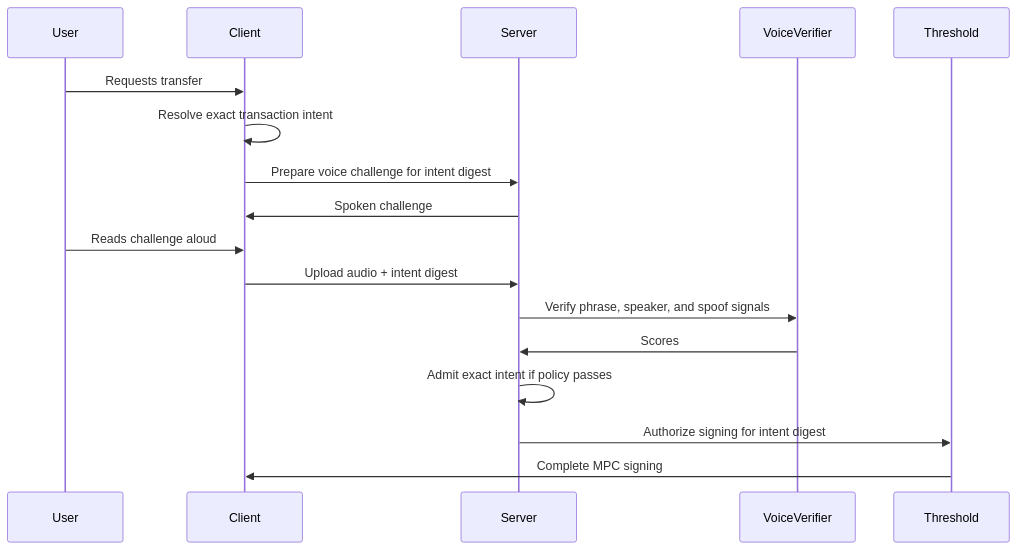
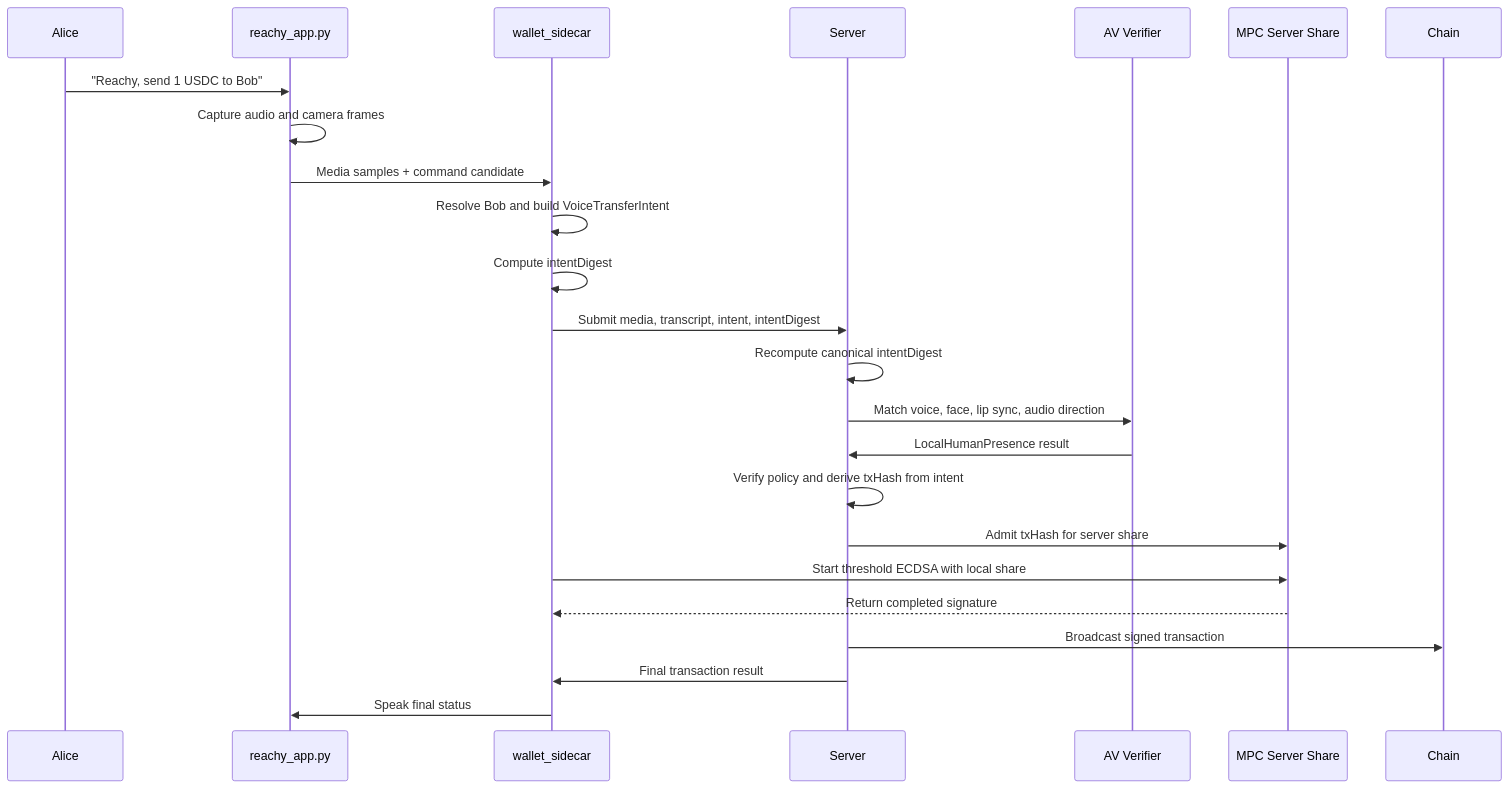
The second of 2 diagrams in docs/voice-biometrics.md (seams-tech/seams-sdk), drawn with Mermaid before and after one commit. The commit also changed other lines of this file and 10 other files, not shown here.

````diff
--- a/docs/voice-biometrics.md
+++ b/docs/voice-biometrics.md
@@ -650,20 +741,27 @@
 ```mermaid
 sequenceDiagram
-  participant User
-  participant Client
+  participant Alice
+  participant ReachyApp as reachy_app.py
+  participant Sidecar as wallet_sidecar
   participant Server
-  participant VoiceVerifier
-  participant Threshold
+  participant Verifier as AV Verifier
+  participant MPC as MPC Server Share
+  participant Chain
 
-  User->>Client: Requests transfer
-  Client->>Client: Resolve exact transaction intent
-  Client->>Server: Prepare voice challenge for intent digest
-  Server->>Client: Spoken challenge
-  User->>Client: Reads challenge aloud
-  Client->>Server: Upload audio + intent digest
-  Server->>VoiceVerifier: Verify phrase, speaker, and spoof signals
-  VoiceVerifier->>Server: Scores
-  Server->>Server: Admit exact intent if policy passes
-  Server->>Threshold: Authorize signing for intent digest
-  Threshold->>Client: Complete MPC signing
+  Alice->>ReachyApp: "Reachy, send 1 USDC to Bob"
+  ReachyApp->>ReachyApp: Capture audio and camera frames
+  ReachyApp->>Sidecar: Media samples + command candidate
+  Sidecar->>Sidecar: Resolve Bob and build VoiceTransferIntent
+  Sidecar->>Sidecar: Compute intentDigest
+  Sidecar->>Server: Submit media, transcript, intent, intentDigest
+  Server->>Server: Recompute canonical intentDigest
+  Server->>Verifier: Match voice, face, lip sync, audio direction
+  Verifier->>Server: LocalHumanPresence result
+  Server->>Server: Verify policy and derive txHash from intent
+  Server->>MPC: Admit txHash for server share
+  Sidecar->>MPC: Start threshold ECDSA with local share
+  MPC-->>Sidecar: Return completed signature
+  Server->>Chain: Broadcast signed transaction
+  Server->>Sidecar: Final transaction result
+  Sidecar->>ReachyApp: Speak final status
 ```
````
